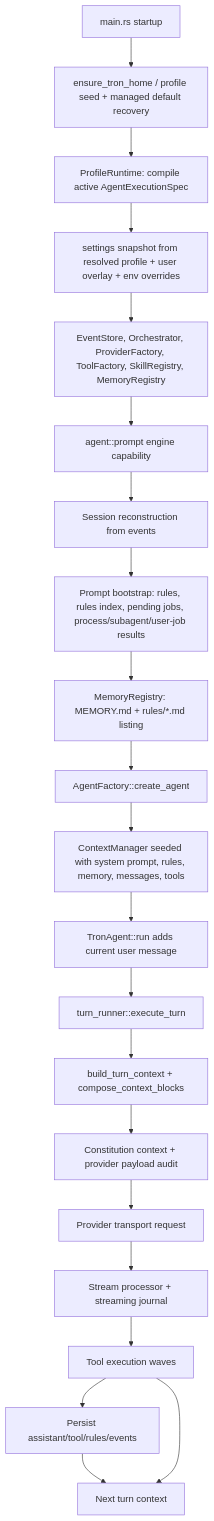
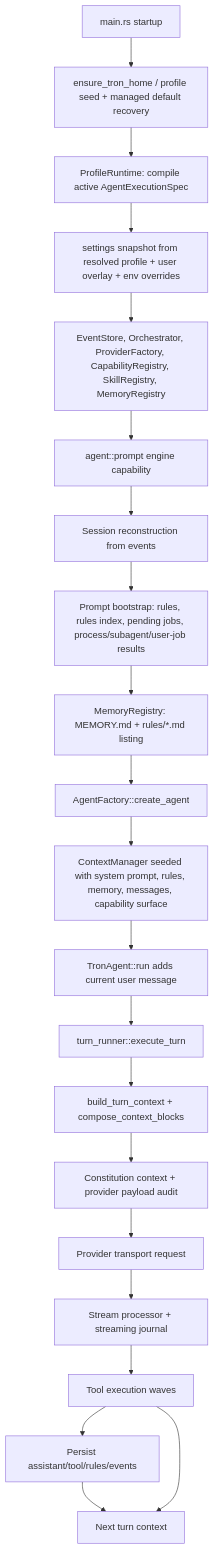
The diagram in packages/agent/docs/context-architecture.md (mhismail3/tron), drawn with Mermaid before and after one commit. The commit also changed other lines of this file and 478 other files, not shown here.

````diff
--- a/packages/agent/docs/context-architecture.md
+++ b/packages/agent/docs/context-architecture.md
@@ -36,23 +36,23 @@
 ```mermaid
 flowchart TD
     Start["main.rs startup"] --> Home["ensure_tron_home / profile seed + managed default recovery"]
     Home --> ProfileRuntime["ProfileRuntime: compile active AgentExecutionSpec"]
     ProfileRuntime --> Settings["settings snapshot from resolved profile + user overlay + env overrides"]
-    Settings --> Services["EventStore, Orchestrator, ProviderFactory, ToolFactory, SkillRegistry, MemoryRegistry"]
+    Settings --> Services["EventStore, Orchestrator, ProviderFactory, CapabilityRegistry, SkillRegistry, MemoryRegistry"]
     Services --> PromptCap["agent::prompt engine capability"]
     PromptCap --> Reconstruct["Session reconstruction from events"]
     Reconstruct --> Bootstrap["Prompt bootstrap: rules, rules index, pending jobs, process/subagent/user-job results"]
     Bootstrap --> Memory["MemoryRegistry: MEMORY.md + rules/*.md listing"]
     Memory --> AgentFactory["AgentFactory::create_agent"]
-    AgentFactory --> ContextManager["ContextManager seeded with system prompt, rules, memory, messages, tools"]
+    AgentFactory --> ContextManager["ContextManager seeded with system prompt, rules, memory, messages, capability surface"]
     ContextManager --> UserMessage["TronAgent::run adds current user message"]
     UserMessage --> Turn["turn_runner::execute_turn"]
     Turn --> Compose["build_turn_context + compose_context_blocks"]
     Compose --> Audit["Constitution context + provider payload audit"]
     Audit --> Provider["Provider transport request"]
     Provider --> Stream["Stream processor + streaming journal"]
     Stream --> Tools["Tool execution waves"]
     Tools --> Events["Persist assistant/tool/rules/events"]
     Events --> Next["Next turn context"]
     Tools --> Next
 ```
````
